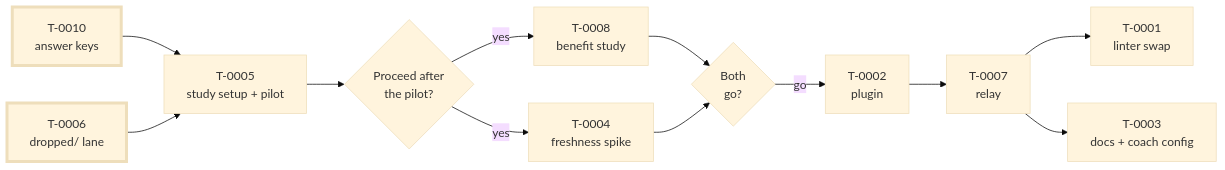
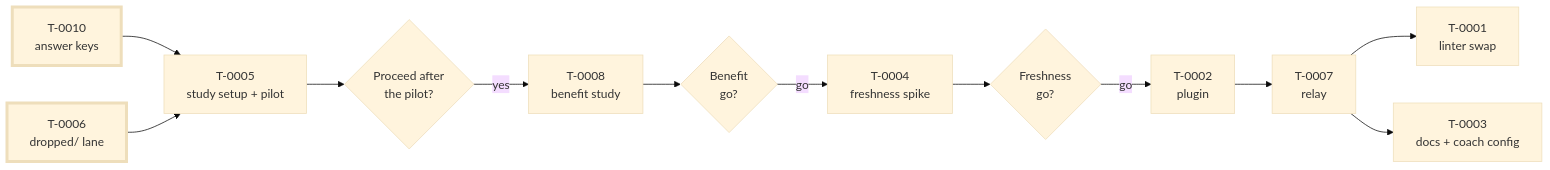
One commit to DetweilerRyan/gol2 changed the diagram in .board/backlog/T-0009-epic-markdown-lsp.md. Above: the diagram before and after it, drawn with Mermaid (base theme). The commit also changed other lines of this file and 5 other files, not shown here.

First line of the commit message:
Run the freshness spike only after the benefit study says go

````diff
--- a/.board/backlog/T-0009-epic-markdown-lsp.md
+++ b/.board/backlog/T-0009-epic-markdown-lsp.md
@@ -50,16 +50,16 @@
 ```mermaid
 flowchart LR
   T0010["T-0010<br/>answer keys"] --> T0005
   T0006["T-0006<br/>dropped/ lane"] --> T0005
   T0005["T-0005<br/>study setup + pilot"] --> D1{"Proceed after<br/>the pilot?"}
   D1 -->|yes| T0008["T-0008<br/>benefit study"]
-  D1 -->|yes| T0004["T-0004<br/>freshness spike"]
-  T0008 --> D2{"Both<br/>go?"}
-  T0004 --> D2
-  D2 -->|go| T0002["T-0002<br/>plugin"]
+  T0008 --> D2{"Benefit<br/>go?"}
+  D2 -->|go| T0004["T-0004<br/>freshness spike"]
+  T0004 --> D3{"Freshness<br/>go?"}
+  D3 -->|go| T0002["T-0002<br/>plugin"]
   T0002 --> T0007["T-0007<br/>relay"]
   T0007 --> T0001["T-0001<br/>linter swap"]
   T0007 --> T0003["T-0003<br/>docs + coach config"]
   classDef ready stroke-width:4px
   class T0010,T0006 ready
 ```
````
